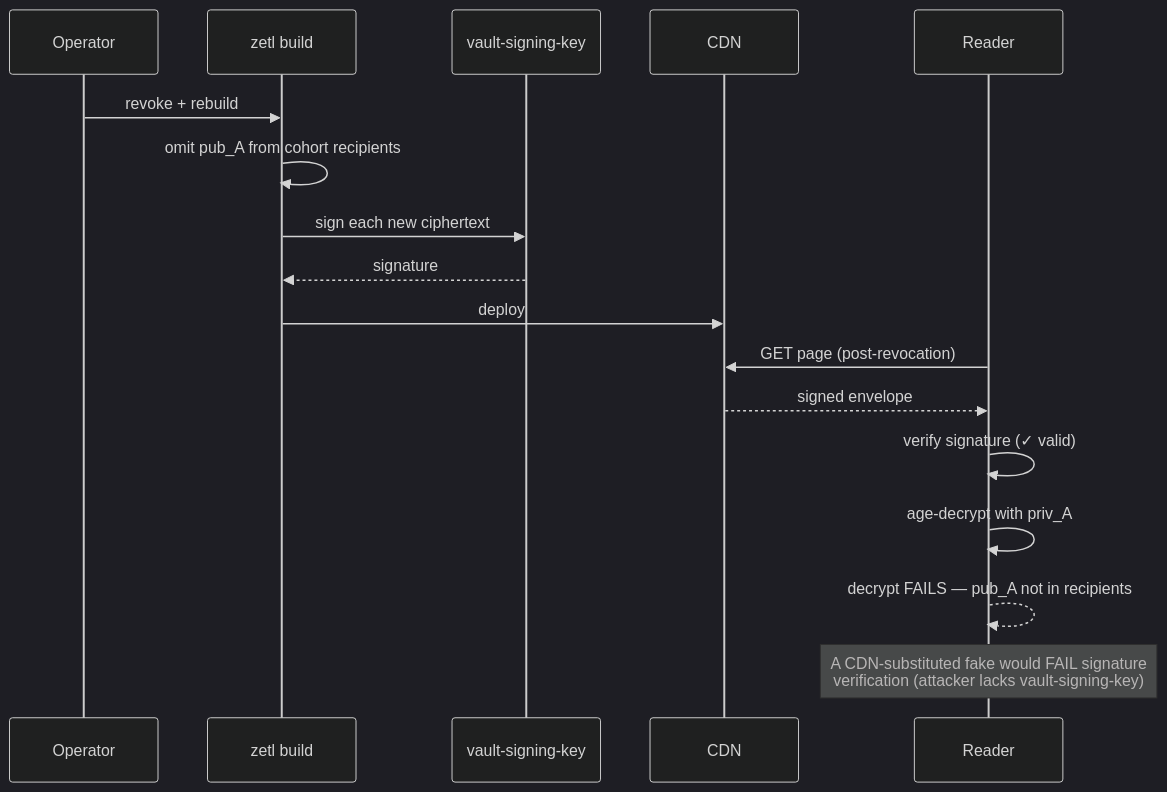
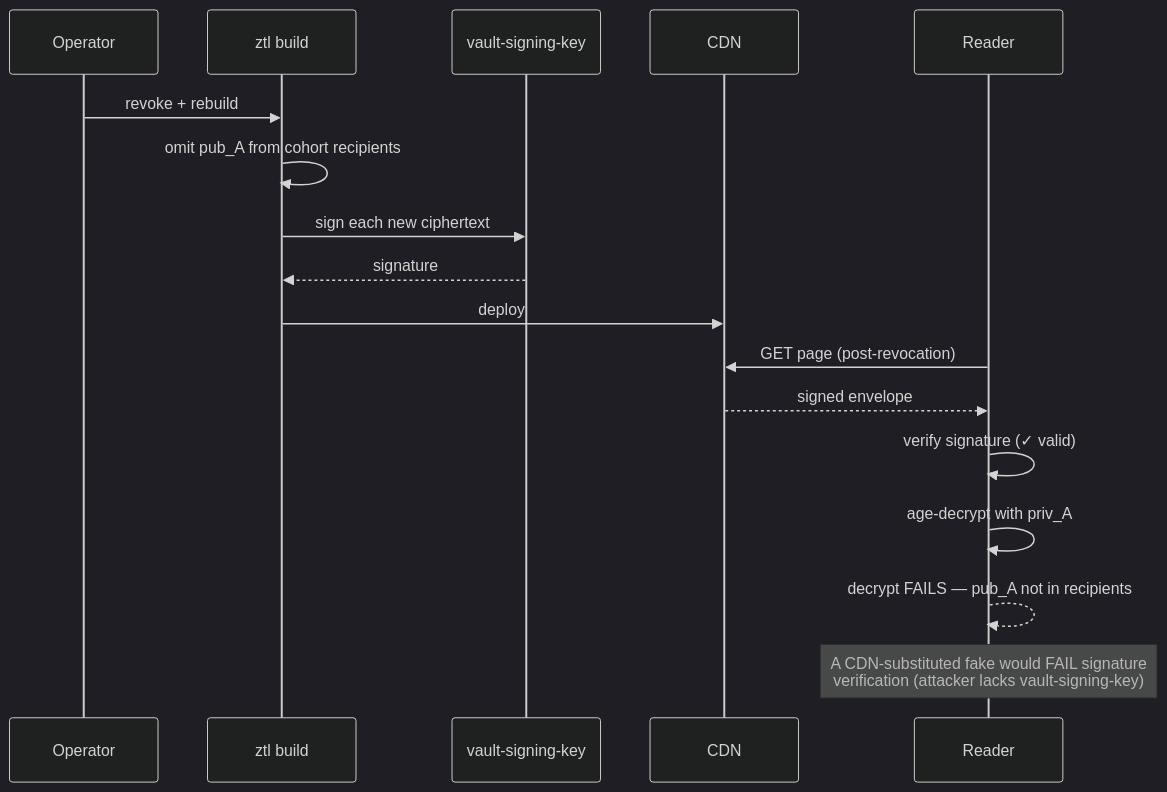
Before and after one commit to anuna-research/zetl: the third of 4 diagrams in specs/SPEC-034.md, drawn with Mermaid (dark theme). The commit also changed other lines of this file and 520 other files, not shown here.

First line of the commit message:
rename: zetl -> ztl

````diff
--- a/specs/SPEC-034.md
+++ b/specs/SPEC-034.md
@@ -232,22 +232,22 @@
 ```mermaid
 sequenceDiagram
     participant Op as Operator
-    participant Build as zetl build
+    participant Build as ztl build
     participant Sign as vault-signing-key
     participant CDN as CDN
     participant Reader as Reader
 
     Op->>Build: revoke + rebuild
     Build->>Build: omit pub_A from cohort recipients
     Build->>Sign: sign each new ciphertext
     Sign-->>Build: signature
     Build->>CDN: deploy
 
     Reader->>CDN: GET page (post-revocation)
     CDN-->>Reader: signed envelope
     Reader->>Reader: verify signature (✓ valid)
     Reader->>Reader: age-decrypt with priv_A
     Reader-->>Reader: decrypt FAILS — pub_A not in recipients
 
     Note over Reader: A CDN-substituted fake would FAIL signature<br/>verification (attacker lacks vault-signing-key)
 ```
````
